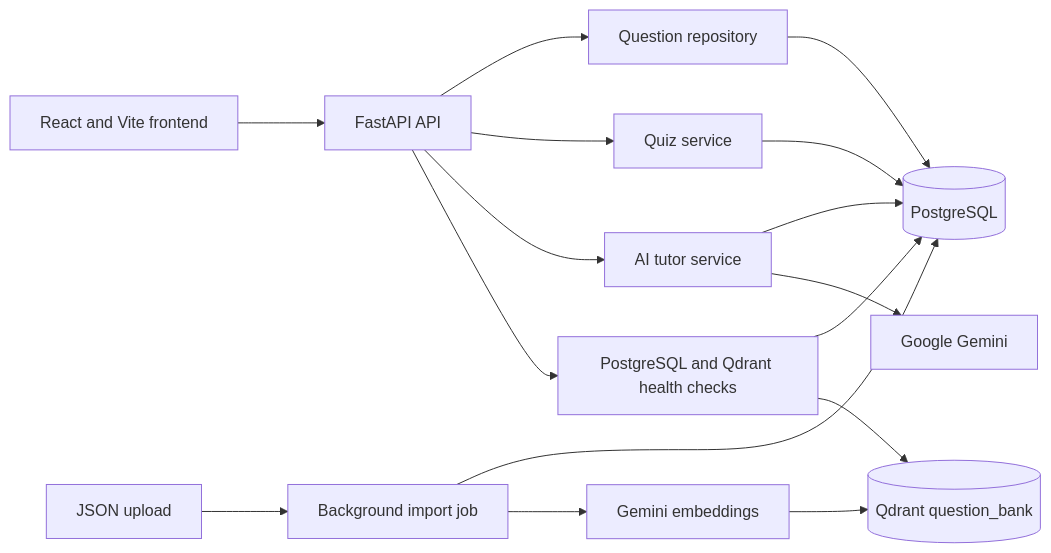
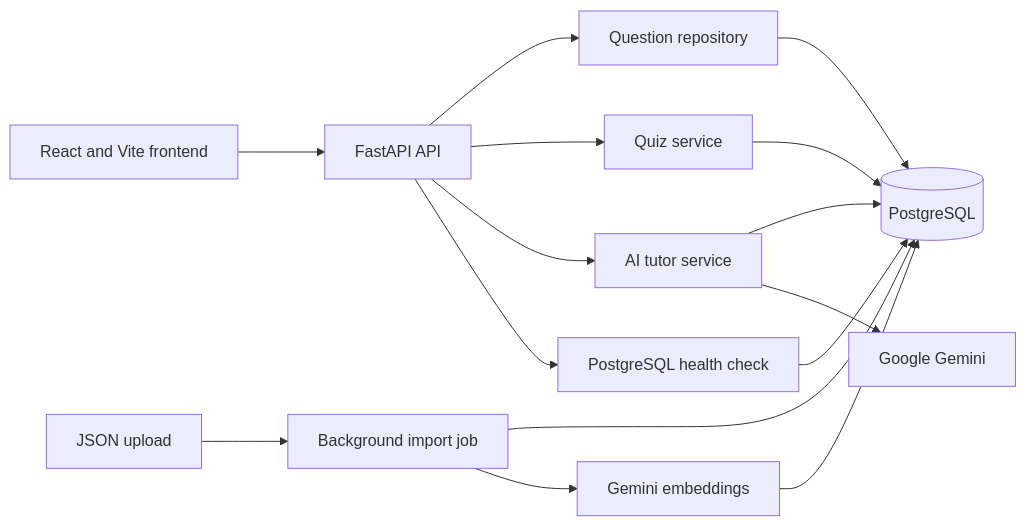
Before and after one commit to ram-git-code/AI-ML-2: the diagram in backend/README.md, drawn with Mermaid. The commit also changed other lines of this file and 30 other files, not shown here.

````diff
--- a/backend/README.md
+++ b/backend/README.md
@@ -7,18 +7,17 @@
 ```mermaid
 flowchart LR
 		UI[React and Vite frontend] --> API[FastAPI API]
 		API --> QRepo[Question repository]
 		QRepo --> PG[(PostgreSQL)]
 		API --> Quiz[Quiz service]
 		Quiz --> PG
 		API --> Tutor[AI tutor service]
 		Tutor --> PG
 		Tutor --> Gemini[Google Gemini]
 		Upload[JSON upload] --> Jobs[Background import job]
 		Jobs --> PG
 		Jobs --> Embed[Gemini embeddings]
-		Embed --> Qdrant[(Qdrant question_bank)]
-		API --> Health[PostgreSQL and Qdrant health checks]
+		Embed --> PG
+		API --> Health[PostgreSQL health check]
 		Health --> PG
-		Health --> Qdrant
 ```
````
